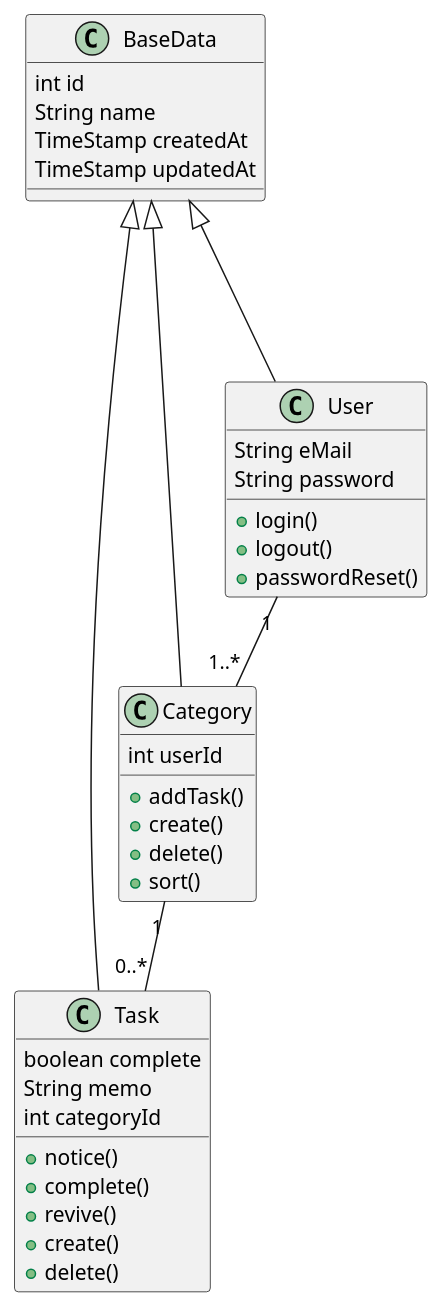
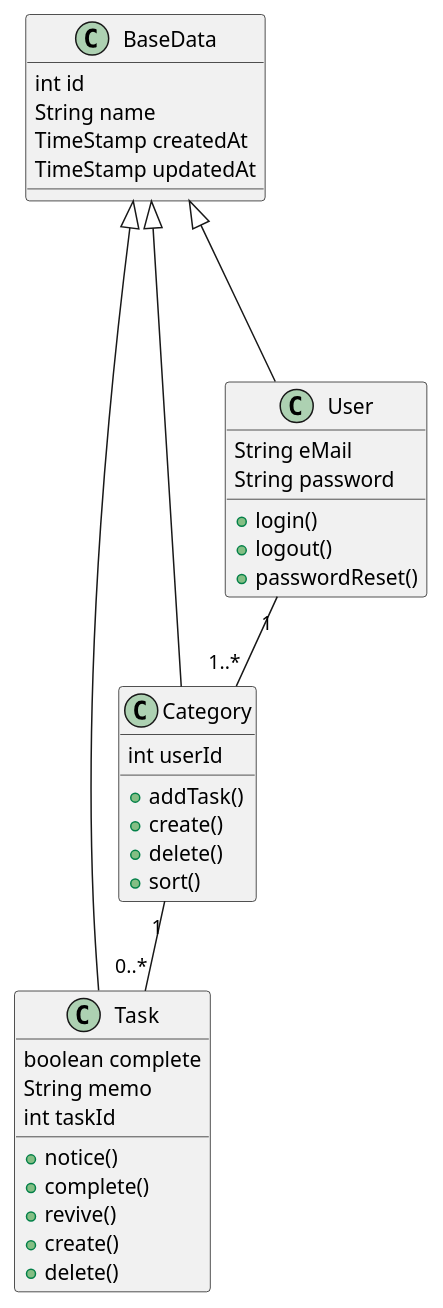
The diagram in docs/todolist.puml (e2054hottie/java_sample), drawn with PlantUML before and after one commit. The commit also changed 2 other files, not shown here.

```diff
--- a/docs/todolist.puml
+++ b/docs/todolist.puml
@@ -1,48 +1,48 @@
 @startuml
 class BaseData{
     int id
     String name
     TimeStamp createdAt
     TimeStamp updatedAt
 }
 
 class Task{
     boolean complete
     String memo
-    int categoryId
+    int taskId
 
     +notice()
     +complete()
     +revive()
     +create()
     +delete()
 }
 
 class Category {
     int userId
 
     +addTask()
     +create()
     +delete()
     +sort()
 }
 
 class User{
     String eMail
     String password
 
     +login()
     +logout()
     +passwordReset()
 }
 
 
 
 BaseData<|---- Category
 BaseData<|-- User
 BaseData<|---- Task
 
 User "1" -- "1..*" Category
 Category "1" -- "0..*" Task
 
 @enduml
```
